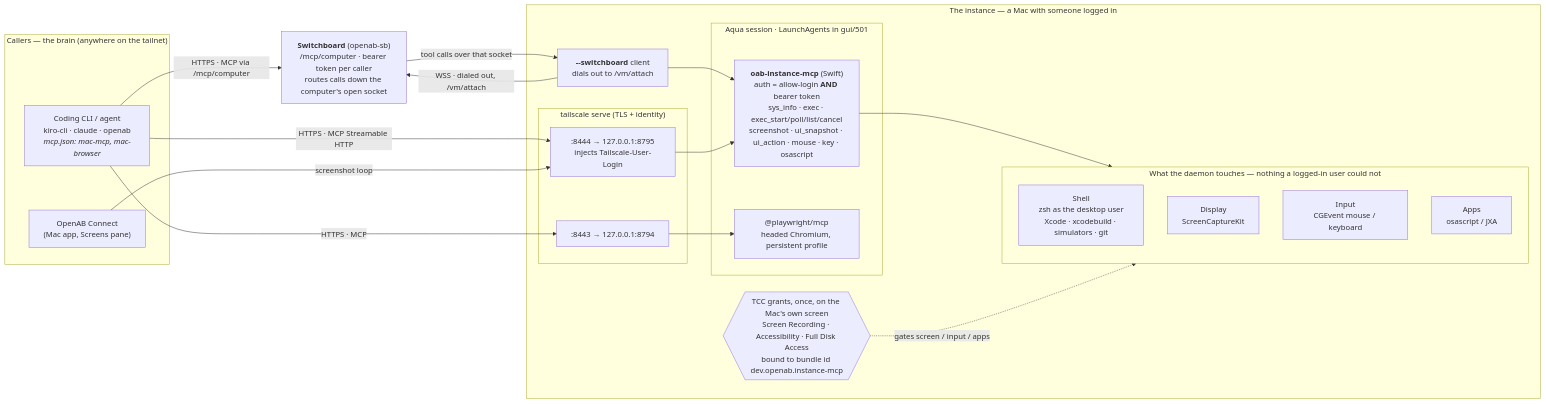
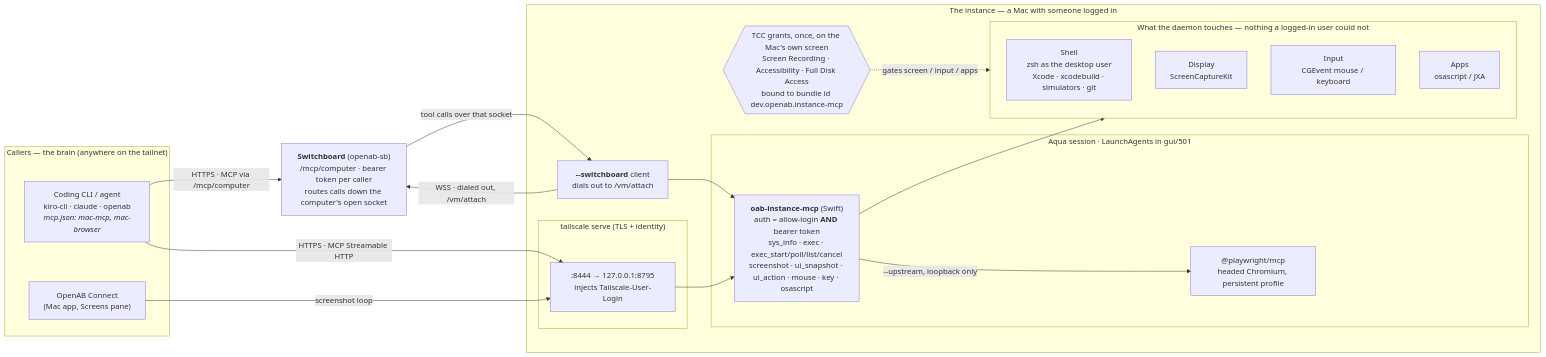
The diagram in README.md (openabdev/openab-computer), drawn with Mermaid before and after one commit. The commit also changed other lines of this file and 6 other files, not shown here.

First line of the commit message:
fix: keep Playwright MCP on loopback, no tailnet mapping (#115) (#116)

````diff
--- a/README.md
+++ b/README.md
@@ -22,40 +22,38 @@
 ```mermaid
 flowchart LR
     subgraph callers["Callers — the brain (anywhere on the tailnet)"]
         cli["Coding CLI / agent<br/>kiro-cli · claude · openab<br/><i>mcp.json: mac-mcp, mac-browser</i>"]
         connect["OpenAB Connect<br/>(Mac app, Screens pane)"]
     end
 
     sb["<b>Switchboard</b> (openab-sb)<br/>/mcp/computer · bearer token per caller<br/>routes calls down the computer's open socket"]
 
     subgraph mac["The instance — a Mac with someone logged in"]
         subgraph ts["tailscale serve (TLS + identity)"]
             s8444[":8444 → 127.0.0.1:8795<br/>injects Tailscale-User-Login"]
-            s8443[":8443 → 127.0.0.1:8794"]
         end
         subgraph gui["Aqua session · LaunchAgents in gui/501"]
             mcp["<b>oab-instance-mcp</b> (Swift)<br/>auth = allow-login <b>AND</b> bearer token<br/>sys_info · exec · exec_start/poll/list/cancel<br/>screenshot · ui_snapshot · ui_action · mouse · key · osascript"]
             pw["@playwright/mcp<br/>headed Chromium, persistent profile"]
         end
         dial["<b>--switchboard</b> client<br/>dials out to /vm/attach"]
         subgraph hands["What the daemon touches — nothing a logged-in user could not"]
             shell["Shell<br/>zsh as the desktop user<br/>Xcode · xcodebuild · simulators · git"]
             screen["Display<br/>ScreenCaptureKit"]
             input["Input<br/>CGEvent mouse / keyboard"]
             apps["Apps<br/>osascript / JXA"]
         end
         tcc{{"TCC grants, once, on the Mac's own screen<br/>Screen Recording · Accessibility · Full Disk Access<br/>bound to bundle id dev.openab.instance-mcp"}}
     end
 
     cli -- "HTTPS · MCP Streamable HTTP" --> s8444
     connect -- "screenshot loop" --> s8444
     cli -- "HTTPS · MCP via /mcp/computer" --> sb
     dial -- "WSS · dialed out, /vm/attach" --> sb
     sb -- "tool calls over that socket" --> dial
     dial --> mcp
     s8444 --> mcp
-    cli -- "HTTPS · MCP" --> s8443
-    s8443 --> pw
+    mcp -- "--upstream, loopback only" --> pw
     mcp --> hands
     tcc -. "gates screen / input / apps" .-> hands
 ```
````
